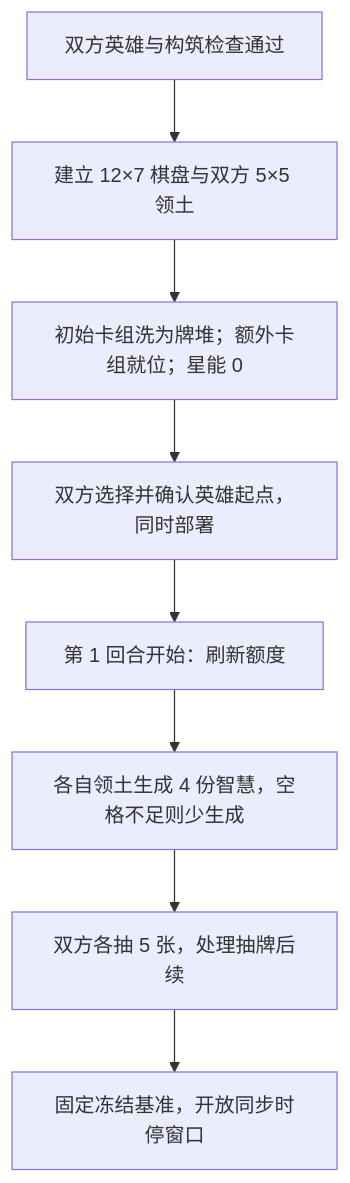
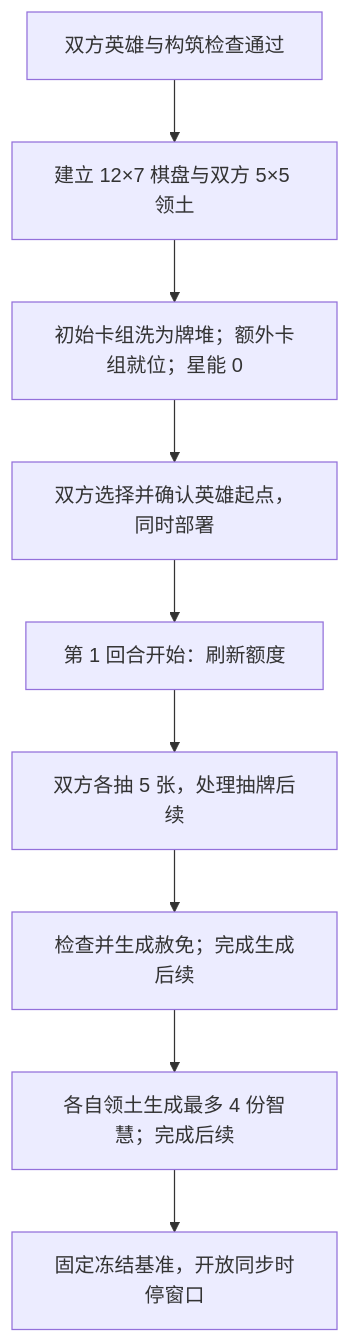
One commit to Time-Block-Hero/tbh-website changed the diagram in docs/rules/standard/setup.md. Above: the diagram before and after it, drawn with Mermaid. The commit also changed other lines of this file and 10 other files, not shown here.

````diff
--- a/docs/rules/standard/setup.md
+++ b/docs/rules/standard/setup.md
@@ -96,10 +96,11 @@
 ```mermaid
 flowchart TD
   check["双方英雄与构筑检查通过"] --> map["建立 12×7 棋盘与双方 5×5 领土"]
   map --> decks["初始卡组洗为牌堆；额外卡组就位；星能 0"]
   decks --> deploy["双方选择并确认英雄起点，同时部署"]
   deploy --> round["第 1 回合开始：刷新额度"]
-  round --> resource["各自领土生成 4 份智慧，空格不足则少生成"]
-  resource --> draw["双方各抽 5 张，处理抽牌后续"]
-  draw --> stop["固定冻结基准，开放同步时停窗口"]
+  round --> draw["双方各抽 5 张，处理抽牌后续"]
+  draw --> relief["检查并生成赦免；完成生成后续"]
+  relief --> resource["各自领土生成最多 4 份智慧；完成后续"]
+  resource --> stop["固定冻结基准，开放同步时停窗口"]
 ```
````
